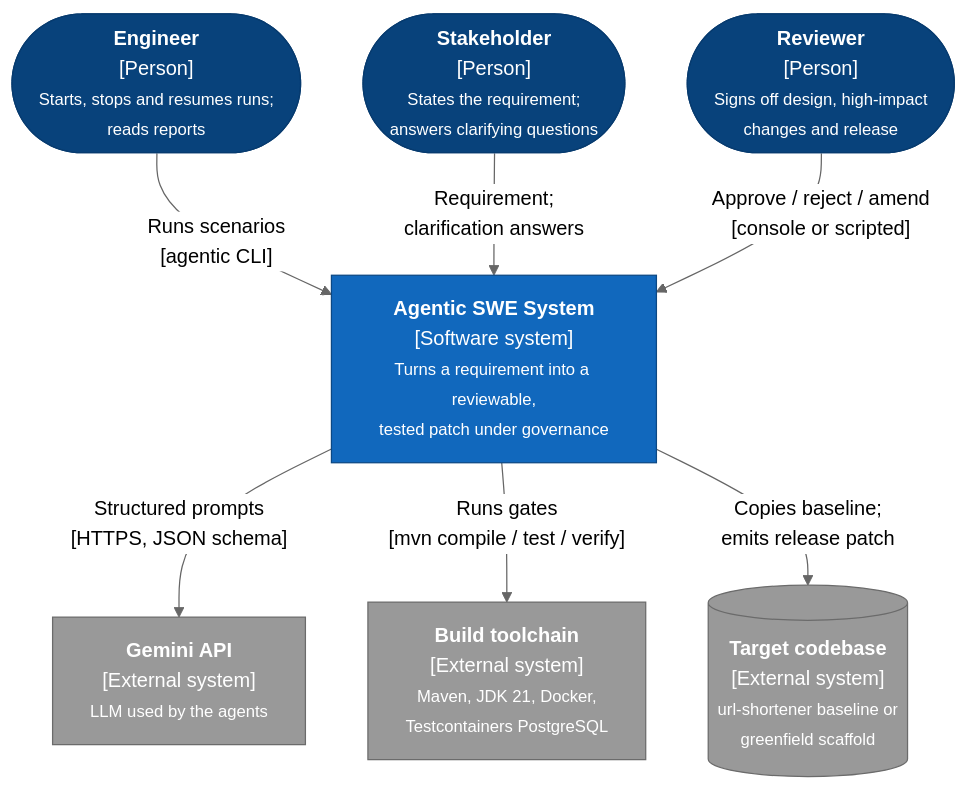
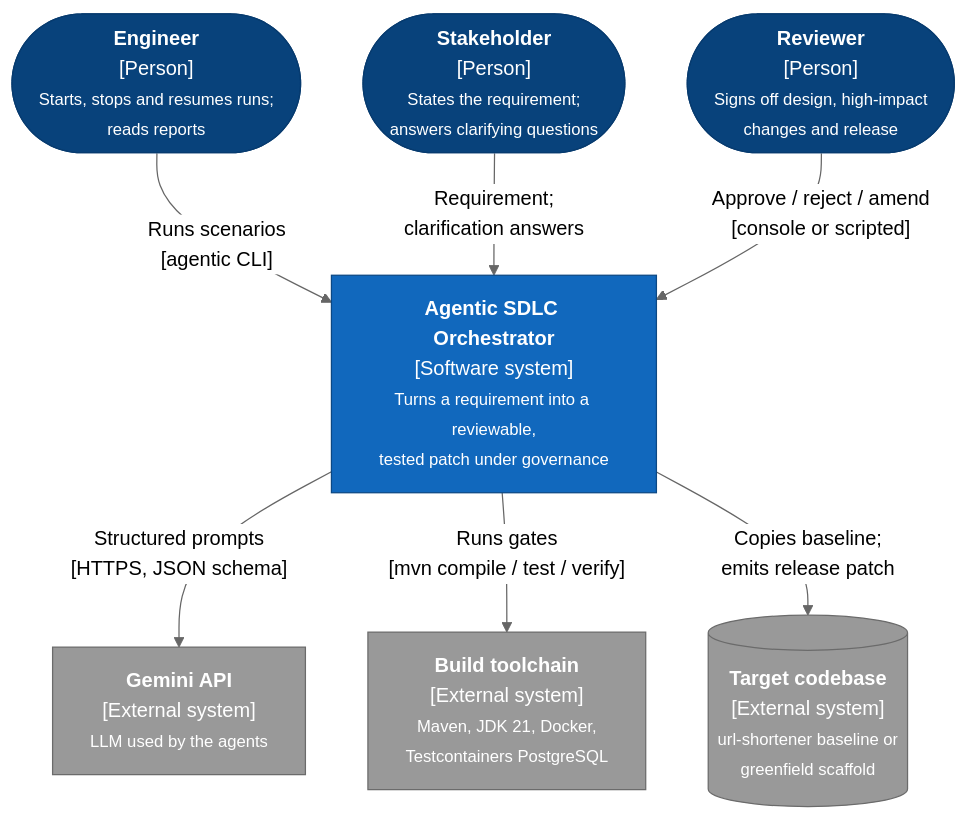
The first of 6 diagrams in docs/c4-model.md (Marisha-Sahay/agentic-sdlc-orchestrator), drawn with Mermaid (neutral theme) before and after one commit. The commit also changed other lines of this file and 12 other files, not shown here.

Commit message:
Rename to agentic-sdlc-orchestrator, add the auth ADR and refresh doc numbers

````diff
--- a/docs/c4-model.md
+++ b/docs/c4-model.md
@@ -19,26 +19,26 @@
 ```mermaid
 flowchart TB
   engineer(["<b>Engineer</b><br/>[Person]<br/><small>Starts, stops and resumes runs;<br/>reads reports</small>"])
   stakeholder(["<b>Stakeholder</b><br/>[Person]<br/><small>States the requirement;<br/>answers clarifying questions</small>"])
   reviewer(["<b>Reviewer</b><br/>[Person]<br/><small>Signs off design, high-impact<br/>changes and release</small>"])
 
-  agentic["<b>Agentic SWE System</b><br/>[Software system]<br/><small>Turns a requirement into a reviewable,<br/>tested patch under governance</small>"]
+  agentic["<b>Agentic SDLC Orchestrator</b><br/>[Software system]<br/><small>Turns a requirement into a reviewable,<br/>tested patch under governance</small>"]
 
   llm["<b>Gemini API</b><br/>[External system]<br/><small>LLM used by the agents</small>"]
   toolchain["<b>Build toolchain</b><br/>[External system]<br/><small>Maven, JDK 21, Docker,<br/>Testcontainers PostgreSQL</small>"]
   codebase[("<b>Target codebase</b><br/>[External system]<br/><small>url-shortener baseline or<br/>greenfield scaffold</small>")]
 
   engineer -- "Runs scenarios<br/>[agentic CLI]" --> agentic
   stakeholder -- "Requirement;<br/>clarification answers" --> agentic
   reviewer -- "Approve / reject / amend<br/>[console or scripted]" --> agentic
   agentic -- "Structured prompts<br/>[HTTPS, JSON schema]" --> llm
   agentic -- "Runs gates<br/>[mvn compile / test / verify]" --> toolchain
   agentic -- "Copies baseline;<br/>emits release patch" --> codebase
 
   classDef person fill:#08427b,stroke:#073b6f,color:#fff
   classDef system fill:#1168bd,stroke:#0b4884,color:#fff
   classDef external fill:#999999,stroke:#6b6b6b,color:#fff
   class engineer,stakeholder,reviewer person
   class agentic system
   class llm,toolchain,codebase external
 ```
````
